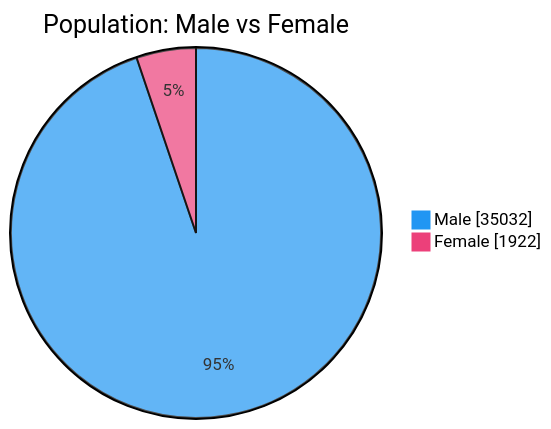
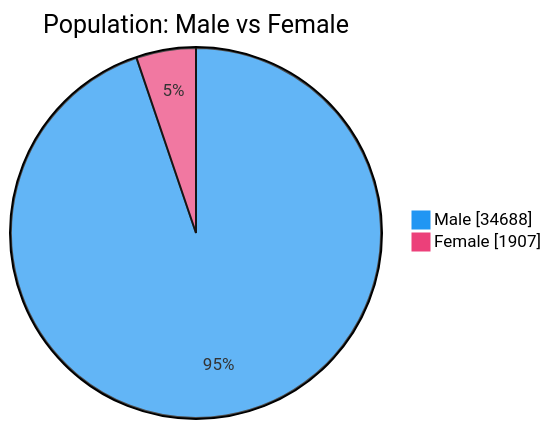
Before and after one commit to nuuuwan/lk_prisons: the second of 7 diagrams in README.md, drawn with Mermaid. The commit also changed other lines of this file and 1 other file, not shown here.

````diff
--- a/README.md
+++ b/README.md
@@ -54,6 +54,6 @@
 ```mermaid
 %%{init: {'themeVariables': {'pie1': '#2196F3', 'pie2': '#EC407A'}}}%%
 pie showData title Population: Male vs Female
-    "Male" : 35032
-    "Female" : 1922
+    "Male" : 34688
+    "Female" : 1907
 ```
````
